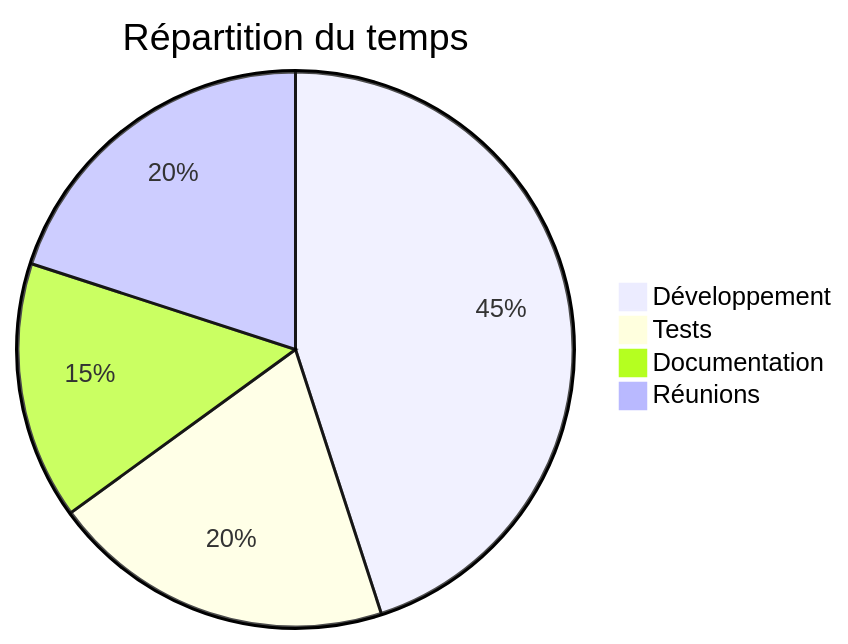
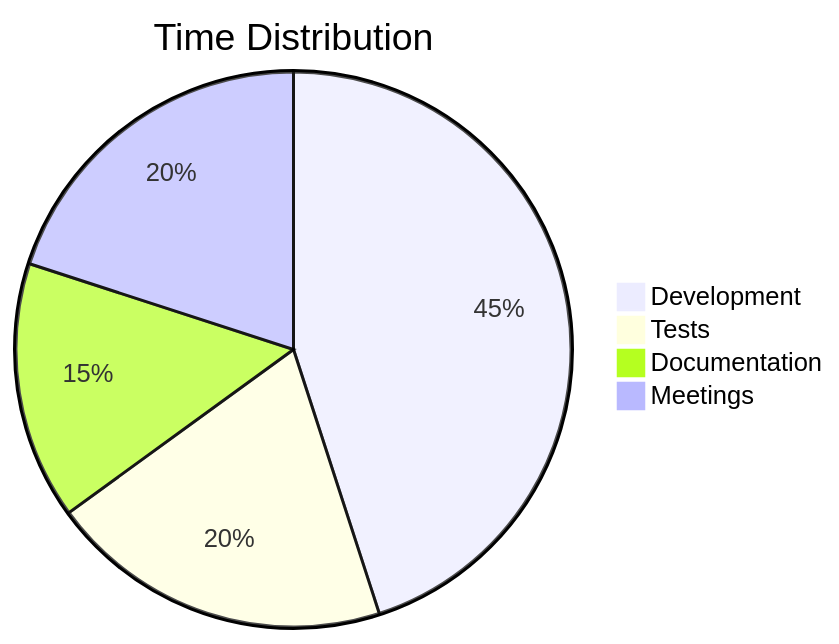
Before and after one commit to pleymor/homebrew-md2pdf: the fifth of 5 diagrams in example.md, drawn with Mermaid. The commit also changed other lines of this file and 1 other file, not shown here.

````diff
--- a/example.md
+++ b/example.md
@@ -154,7 +154,7 @@
 ```mermaid
-pie title Répartition du temps
-    "Développement" : 45
+pie title Time Distribution
+    "Development" : 45
     "Tests" : 20
     "Documentation" : 15
-    "Réunions" : 20
+    "Meetings" : 20
 ```
````
